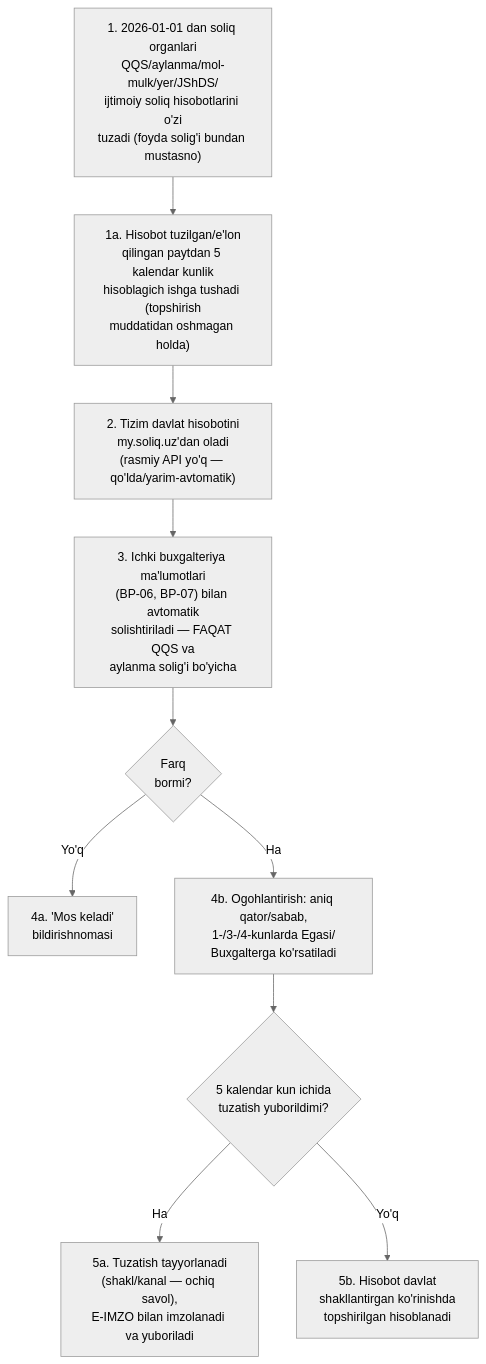
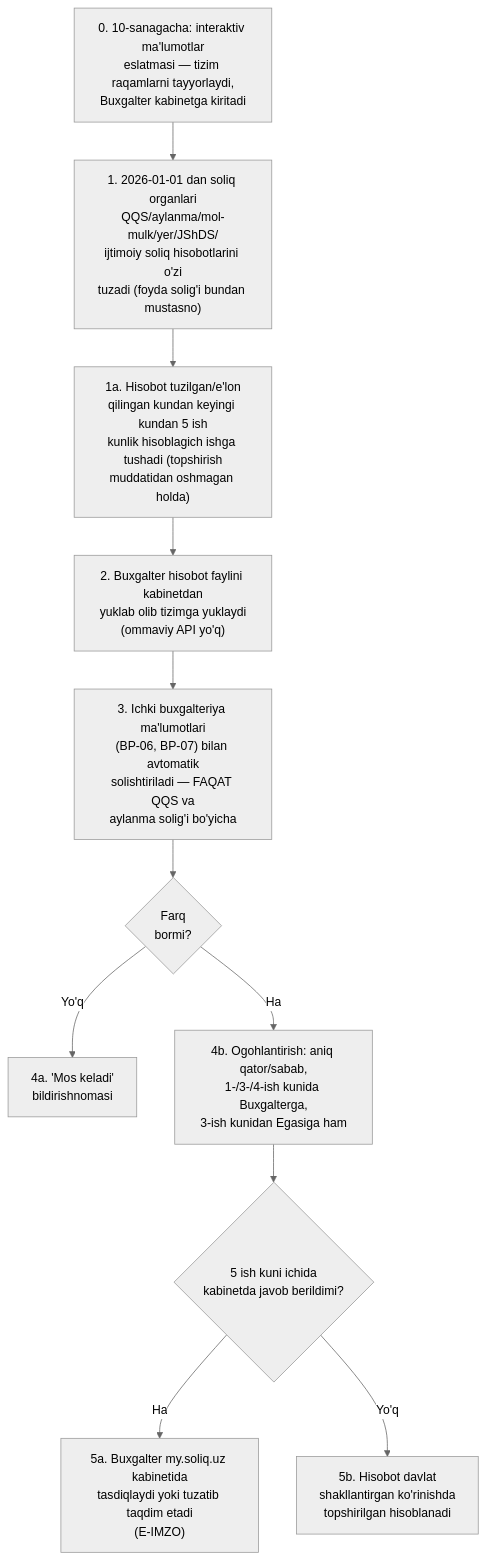
The eighth of 15 diagrams in spec/kod-uchun/04-biznes-jarayonlar.md (hasanoff507/erp), drawn with Mermaid (neutral theme) before and after one commit. The commit also changed other lines of this file and 47 other files, not shown here.

````diff
--- a/spec/kod-uchun/04-biznes-jarayonlar.md
+++ b/spec/kod-uchun/04-biznes-jarayonlar.md
@@ -219,12 +224,13 @@
 ```mermaid
 flowchart TD
-    A["1. 2026-01-01 dan soliq organlari\nQQS/aylanma/mol-mulk/yer/JShDS/\nijtimoiy soliq hisobotlarini o'zi\ntuzadi (foyda solig'i bundan mustasno)"] --> A1["1a. Hisobot tuzilgan/e'lon\nqilingan paytdan 5 kalendar kunlik\nhisoblagich ishga tushadi (topshirish\nmuddatidan oshmagan holda)"]
-    A1 --> B["2. Tizim davlat hisobotini\nmy.soliq.uz'dan oladi\n(rasmiy API yo'q — qo'lda/yarim-avtomatik)"]
+    A["1. 2026-01-01 dan soliq organlari\nQQS/aylanma/mol-mulk/yer/JShDS/\nijtimoiy soliq hisobotlarini o'zi\ntuzadi (foyda solig'i bundan mustasno)"] --> A1["1a. Hisobot tuzilgan/e'lon\nqilingan kundan keyingi kundan 5 ish\nkunlik hisoblagich ishga tushadi (topshirish\nmuddatidan oshmagan holda)"]
+    A0["0. 10-sanagacha: interaktiv ma'lumotlar\neslatmasi — tizim raqamlarni tayyorlaydi,\nBuxgalter kabinetga kiritadi"] --> A
+    A1 --> B["2. Buxgalter hisobot faylini kabinetdan\nyuklab olib tizimga yuklaydi\n(ommaviy API yo'q)"]
     B --> C["3. Ichki buxgalteriya ma'lumotlari\n(BP-06, BP-07) bilan avtomatik\nsolishtiriladi — FAQAT QQS va\naylanma solig'i bo'yicha"]
     C --> D{"Farq\nbormi?"}
     D -- "Yo'q" --> E["4a. 'Mos keladi'\nbildirishnomasi"]
-    D -- "Ha" --> F["4b. Ogohlantirish: aniq qator/sabab,\n1-/3-/4-kunlarda Egasi/\nBuxgalterga ko'rsatiladi"]
-    F --> G{"5 kalendar kun ichida\ntuzatish yuborildimi?"}
-    G -- "Ha" --> H["5a. Tuzatish tayyorlanadi\n(shakl/kanal — ochiq savol),\nE-IMZO bilan imzolanadi va yuboriladi"]
+    D -- "Ha" --> F["4b. Ogohlantirish: aniq qator/sabab,\n1-/3-/4-ish kunida Buxgalterga,\n3-ish kunidan Egasiga ham"]
+    F --> G{"5 ish kuni ichida\nkabinetda javob berildimi?"}
+    G -- "Ha" --> H["5a. Buxgalter my.soliq.uz kabinetida\ntasdiqlaydi yoki tuzatib taqdim etadi\n(E-IMZO)"]
     G -- "Yo'q" --> I["5b. Hisobot davlat\nshakllantirgan ko'rinishda\ntopshirilgan hisoblanadi"]
 ```
````
